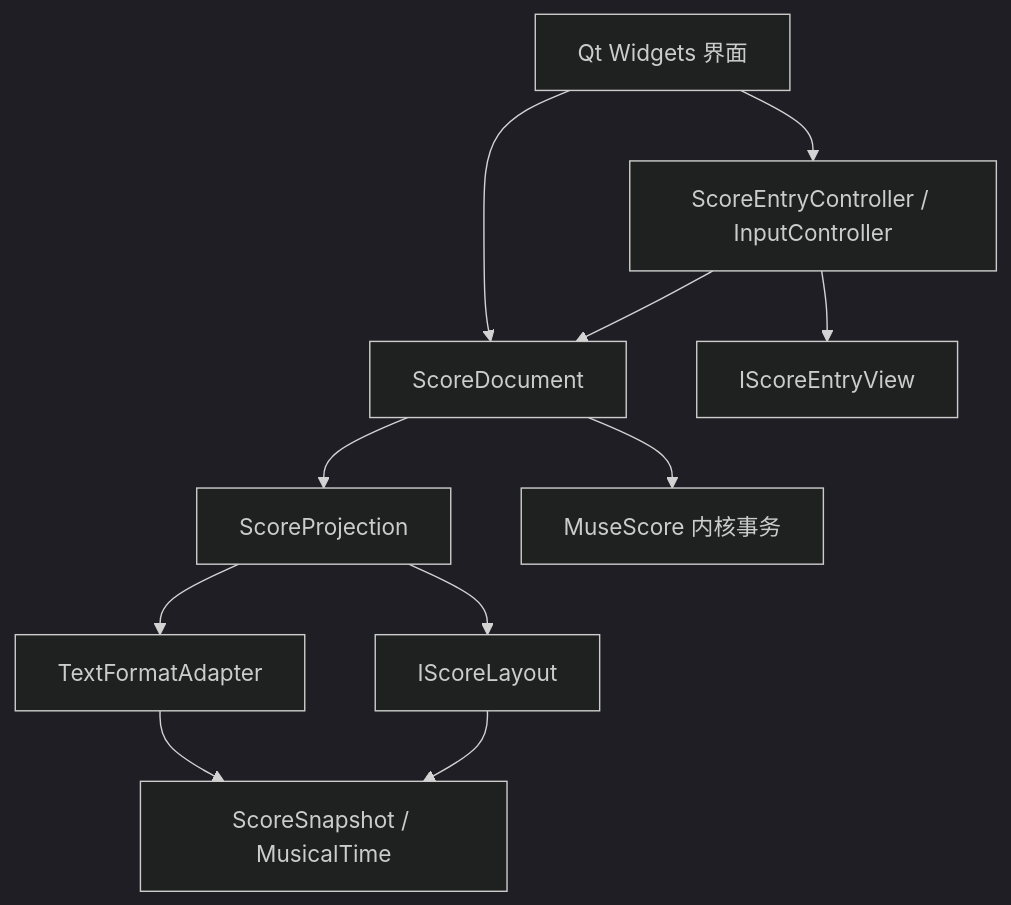
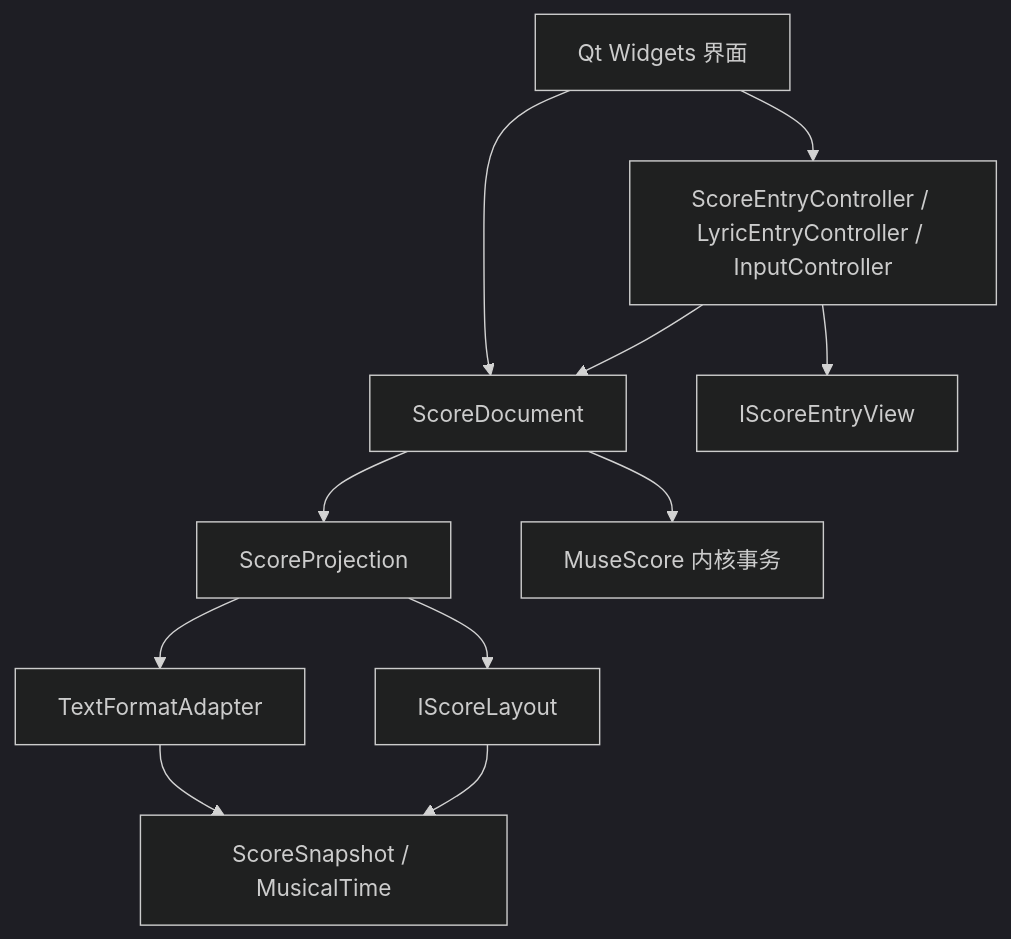
The diagram in docs/architecture.md (JosephWater/notationscore), drawn with Mermaid (dark theme) before and after one commit. The commit also changed other lines of this file and 44 other files, not shown here.

Commit message:
Add lyric editing, range selection and transactional score fragments

````diff
--- a/docs/architecture.md
+++ b/docs/architecture.md
@@ -7,13 +7,13 @@
 ```mermaid
 flowchart TD
-  UI[Qt Widgets 界面] --> Entry[ScoreEntryController / InputController]
+  UI[Qt Widgets 界面] --> Entry[ScoreEntryController / LyricEntryController / InputController]
   UI --> Doc[ScoreDocument]
   Entry --> Port[IScoreEntryView]
   Entry --> Doc
   Doc --> Projection[ScoreProjection]
   Doc --> Engine[MuseScore 内核事务]
   Projection --> Format[TextFormatAdapter]
   Projection --> Layout[IScoreLayout]
   Format --> Types[ScoreSnapshot / MusicalTime]
   Layout --> Types
 ```
````
